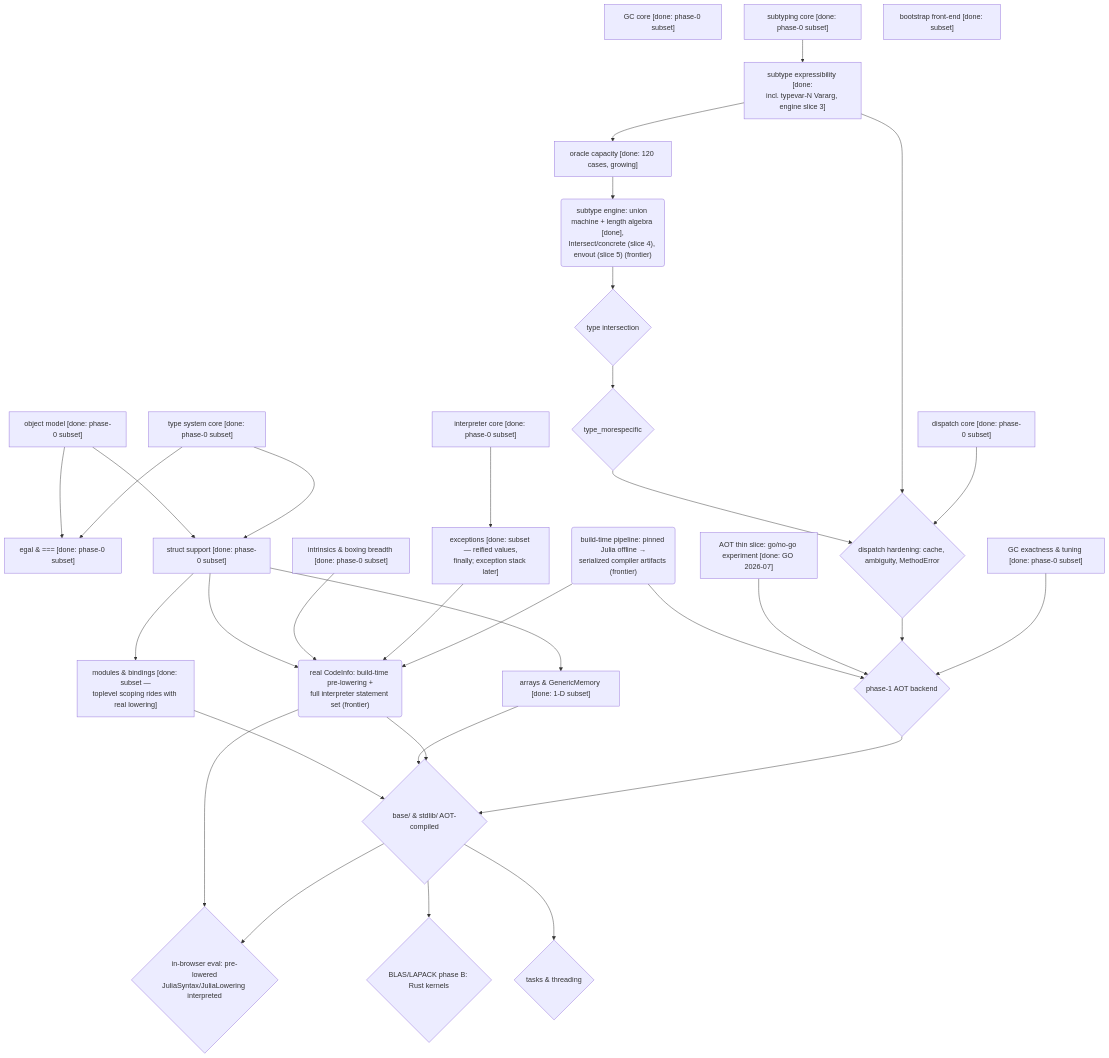
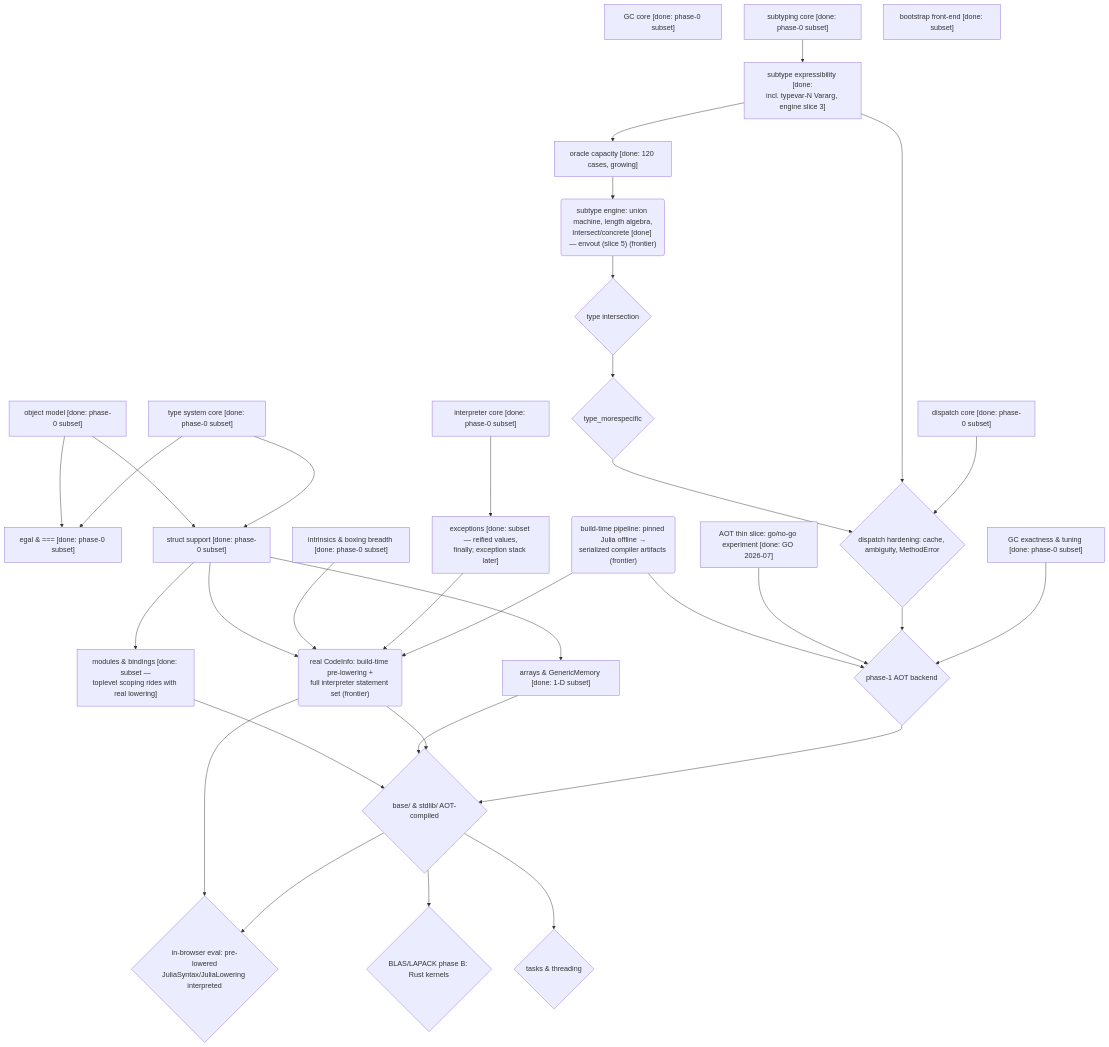
One commit to andy-emerson/Ruju changed the diagram in design/strategy.md. Above: the diagram before and after it, drawn with Mermaid. The commit also changed other lines of this file and 7 other files, not shown here.

````diff
--- a/design/strategy.md
+++ b/design/strategy.md
@@ -127,65 +127,65 @@
 ```mermaid
 flowchart TD
     OBJ["object model [done: phase-0 subset]"]
     GC0["GC core [done: phase-0 subset]"]
     TYPES["type system core [done: phase-0 subset]"]
     SUB0["subtyping core [done: phase-0 subset]"]
     DISP0["dispatch core [done: phase-0 subset]"]
     INTERP0["interpreter core [done: phase-0 subset]"]
     FE0["bootstrap front-end [done: subset]"]
 
     EGAL["egal & === [done: phase-0 subset]"]
     STRUCTS["struct support [done: phase-0 subset]"]
     INTRIN["intrinsics & boxing breadth [done: phase-0 subset]"]
     GCX["GC exactness & tuning [done: phase-0 subset]"]
     SUBXE["subtype expressibility [done:<br/>incl. typevar-N Vararg, engine slice 3]"]
     EXC["exceptions [done: subset — reified values,<br/>finally; exception stack later]"]
 
     ORACLE["oracle capacity [done: 120 cases, growing]"]
-    SUBXM("subtype engine: union machine + length algebra [done],<br/>Intersect/concrete (slice 4), envout (slice 5) (frontier)")
+    SUBXM("subtype engine: union machine, length algebra,<br/>Intersect/concrete [done] — envout (slice 5) (frontier)")
     ISECT{"type intersection"}
     MORESPEC{"type_morespecific"}
     DISPX{"dispatch hardening: cache, ambiguity, MethodError"}
     ARRAYS["arrays & GenericMemory [done: 1-D subset]"]
     MODULES["modules & bindings [done: subset —<br/>toplevel scoping rides with real lowering]"]
     BOOTPIPE("build-time pipeline: pinned Julia offline →<br/>serialized compiler artifacts (frontier)")
     THINSLICE["AOT thin slice: go/no-go experiment [done: GO 2026-07]"]
     LOWER("real CodeInfo: build-time pre-lowering +<br/>full interpreter statement set (frontier)")
     EVAL{"in-browser eval: pre-lowered<br/>JuliaSyntax/JuliaLowering interpreted"}
     AOT{"phase-1 AOT backend"}
     BASE{"base/ & stdlib/ AOT-compiled"}
     BLAS{"BLAS/LAPACK phase B: Rust kernels"}
     TASKS{"tasks & threading"}
 
     OBJ --> STRUCTS
     TYPES --> STRUCTS
     OBJ --> EGAL
     TYPES --> EGAL
     SUB0 --> SUBXE
     SUBXE --> ORACLE
     ORACLE --> SUBXM
     SUBXM --> ISECT
     ISECT --> MORESPEC
     MORESPEC --> DISPX
     SUBXE --> DISPX
     DISP0 --> DISPX
     STRUCTS --> ARRAYS
     STRUCTS --> MODULES
     INTERP0 --> EXC
     STRUCTS --> LOWER
     INTRIN --> LOWER
     EXC --> LOWER
     BOOTPIPE --> LOWER
     BOOTPIPE --> AOT
     THINSLICE --> AOT
     LOWER --> EVAL
     BASE --> EVAL
     MODULES --> BASE
     ARRAYS --> BASE
     LOWER --> BASE
     AOT --> BASE
     DISPX --> AOT
     GCX --> AOT
     BASE --> BLAS
     BASE --> TASKS
 ```
````
